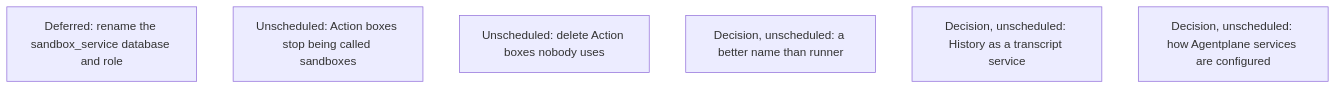
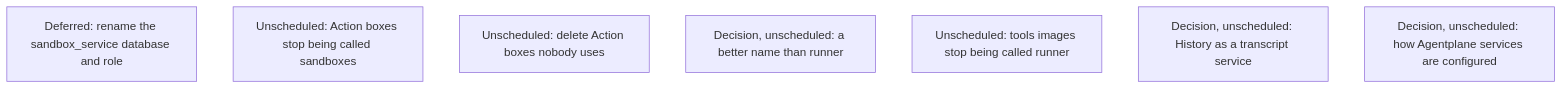
Before and after one commit to agentydragon-agent/ducktape: diagram 12 of 17 in agentplane/plans/task_dag.md, drawn with Mermaid. The commit also changed other lines of this file, not shown here.

First line of the commit message:
agentplane: add RUNNER_IMAGES_RENAME to the task DAG (#11269)

````diff
--- a/agentplane/plans/task_dag.md
+++ b/agentplane/plans/task_dag.md
@@ -1589,9 +1589,10 @@
 ```mermaid
 flowchart TD
     HISTORY_DATABASE_RENAME[Deferred: rename the sandbox_service database and role]
     ACTION_BOX_RENAME[Unscheduled: Action boxes stop being called sandboxes]
     ACTION_BOX_IDLE_REAPER[Unscheduled: delete Action boxes nobody uses]
     RUNNER_RENAME[Decision, unscheduled: a better name than runner]
+    RUNNER_IMAGES_RENAME[Unscheduled: tools images stop being called runner]
     HISTORY_SERVICE_RENAME[Decision, unscheduled: History as a transcript service]
     SERVICE_SETTINGS_RETHINK[Decision, unscheduled: how Agentplane services are configured]
 ```
````
